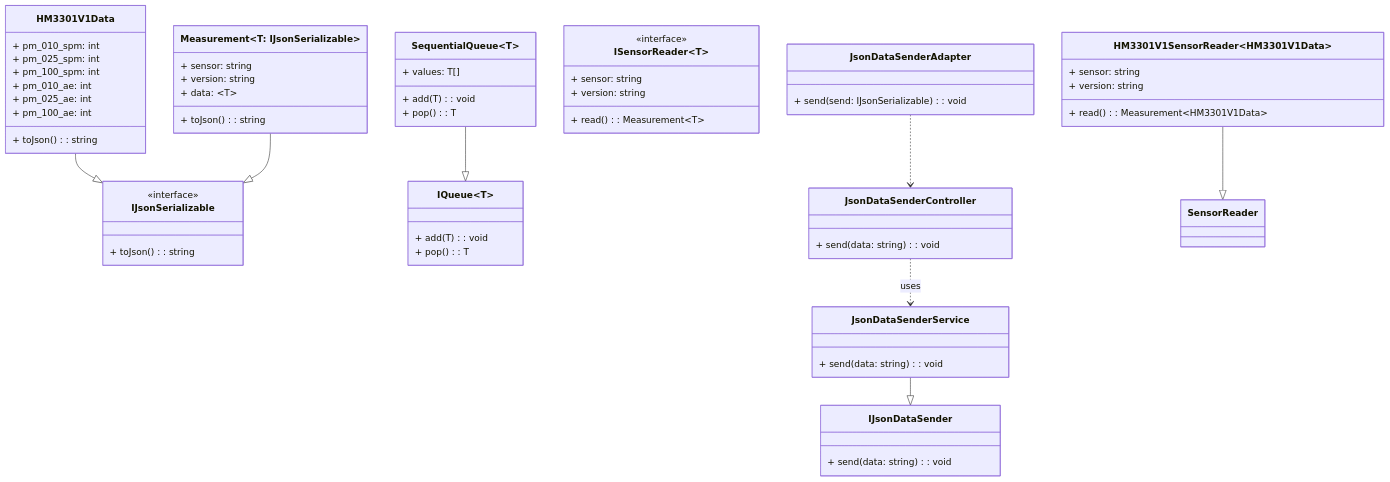
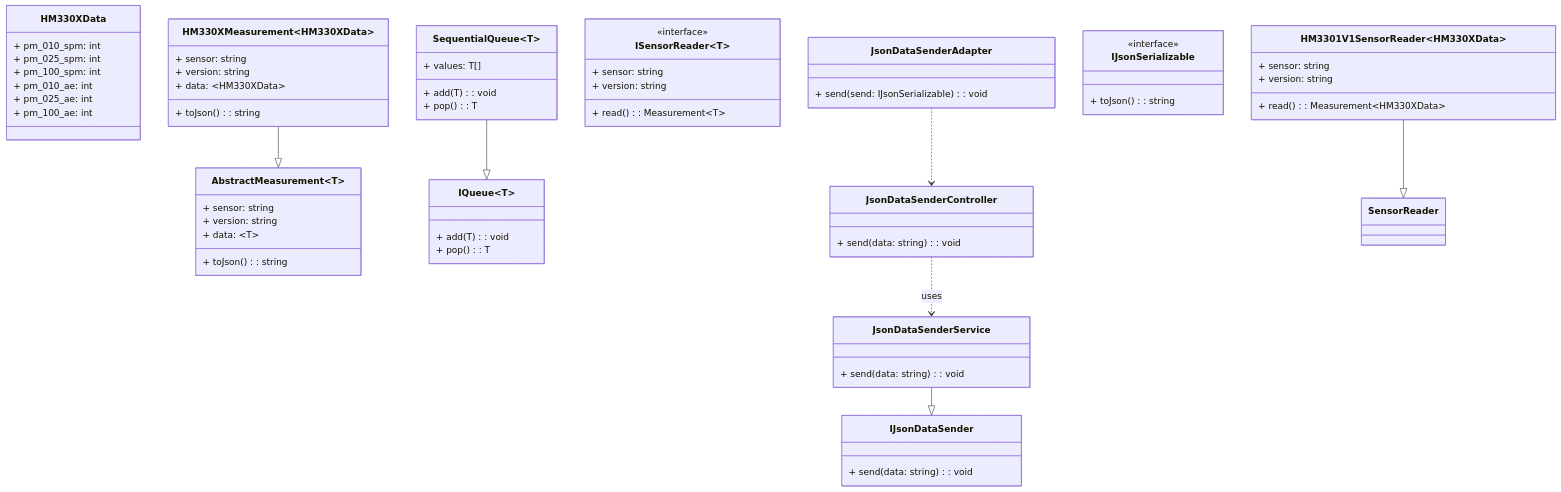
The first of 2 diagrams in README.md (1ucky40nc3/grove_sensor_arduino_nano_esp32), drawn with Mermaid before and after one commit. The commit also changed other lines of this file and 18 other files, not shown here.

````diff
--- a/README.md
+++ b/README.md
@@ -76,61 +76,66 @@
 ```mermaid
 classDiagram
-    class IJsonSerializable {
-        <<interface>>
-        + toJson(): string
-    }
-    class HM3301V1Data {
+
+    class HM330XData {
         + pm_010_spm: int
         + pm_025_spm: int
         + pm_100_spm: int
         + pm_010_ae: int
         + pm_025_ae: int
         + pm_100_ae: int
-        + toJson(): string
     }
-    class Measurement~T: IJsonSerializable~{
+    class AbstractMeasurement~T~{
         + sensor: string
         + version: string
         + data: ~T~
+        + toJson(): string
+    }
+    class HM330XMeasurement~HM330XData~{
+        + sensor: string
+        + version: string
+        + data: ~HM330XData~
         + toJson(): string
     }
     class IQueue~T~ {
         + add(T): void
         + pop(): T
     }
     class SequentialQueue~T~ {
         + values: T[]
         + add(T): void
         + pop(): T
     }
     class ISensorReader~T~ {
         <<interface>>
         + sensor: string
         + version: string
         + read(): Measurement~T~
     }
-    class HM3301V1SensorReader~HM3301V1Data~ {
+    class HM3301V1SensorReader~HM330XData~ {
         + sensor: string
         + version: string
-        + read(): Measurement~HM3301V1Data~
+        + read(): Measurement~HM330XData~
     }
     class IJsonDataSender {
         + send(data: string): void
     }
     class JsonDataSenderService {
         + send(data: string): void
     }
     class JsonDataSenderController {
         + send(data: string): void
     }
+    class IJsonSerializable {
+        <<interface>>
+        + toJson(): string
+    }
     class JsonDataSenderAdapter {
         + send(send: IJsonSerializable): void
     }
-    HM3301V1Data --|> IJsonSerializable
-    Measurement --|> IJsonSerializable
+    HM330XMeasurement --|> AbstractMeasurement
     SequentialQueue --|> IQueue
     HM3301V1SensorReader --|> SensorReader
     JsonDataSenderService --|> IJsonDataSender
     JsonDataSenderController ..> JsonDataSenderService : uses
     JsonDataSenderAdapter ..> JsonDataSenderController
 ```
````
